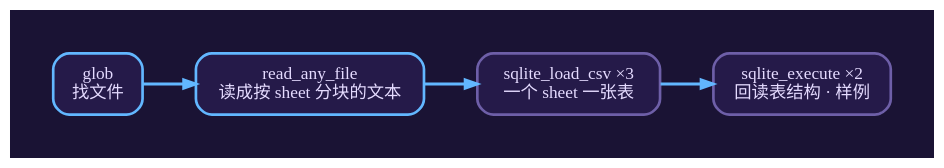
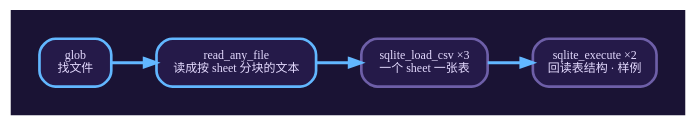
The diagram in docs/assets/tool-trace.dot (sailor723/langconfig), drawn with Graphviz before and after one commit. The commit also changed 31 other files, not shown here.

First line of the commit message:
docs(assets): diagrams ~30% smaller, and they no longer dominate the page

```diff
--- a/docs/assets/tool-trace.dot
+++ b/docs/assets/tool-trace.dot
@@ -1,19 +1,19 @@
 digraph trace {
   rankdir=LR;
   bgcolor="#1A1334";
-  pad=0.45;
-  nodesep=0.5;
-  ranksep=0.55;
+  pad=0.30;
+  nodesep=0.42;
+  ranksep=0.47;
   fontname="Menlo";
 
-  node [shape=box, style="rounded,filled", penwidth=2.0, fontname="Menlo", fontsize=13,
-        margin="0.20,0.12", fillcolor="#251A49", color="#9B7BDB", fontcolor="#E5DBFF"];
+  node [shape=box, style="rounded,filled", penwidth=2.0, fontname="Menlo", fontsize=9,
+        margin="0.14,0.07", fillcolor="#251A49", color="#9B7BDB", fontcolor="#E5DBFF"];
   edge [color="#62B7FF", penwidth=2.2, arrowsize=0.9];
 
   g  [label="glob\n找文件", color="#62B7FF"];
   r  [label="read_any_file\n读成按 sheet 分块的文本", color="#62B7FF"];
   l  [label="sqlite_load_csv ×3\n一个 sheet 一张表", color="#6E5FA8"];
   q  [label="sqlite_execute ×2\n回读表结构 · 样例", color="#6E5FA8"];
 
   g -> r -> l -> q;
 }
```
